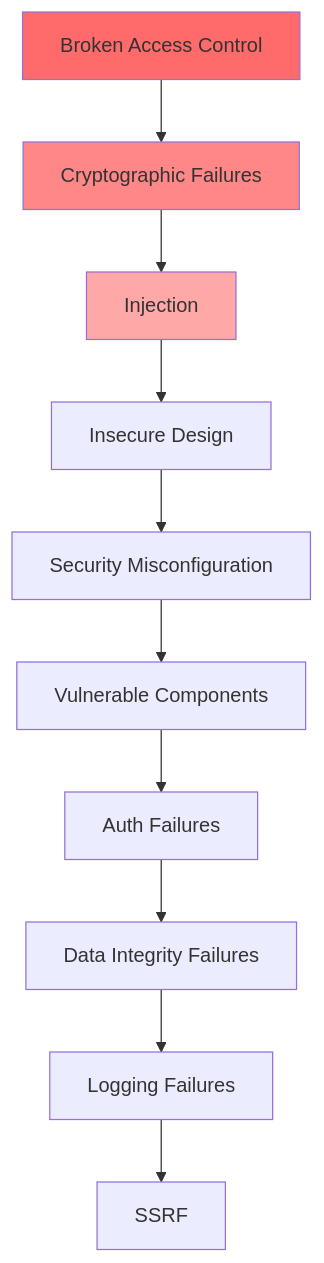
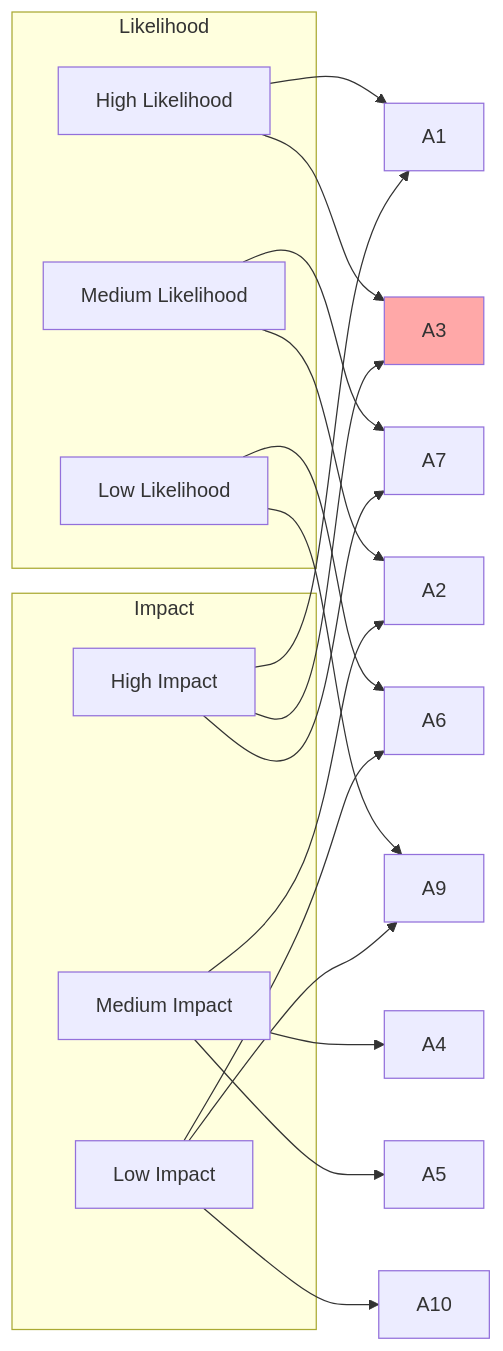
The fifth of 11 diagrams in Developer-Guides/SECURITY_BEST_PRACTICES_GUIDE.md (iouthnamain/tech-note), drawn with Mermaid before and after one commit. The commit also changed other lines of this file and 68 other files, not shown here.

````diff
--- a/Developer-Guides/SECURITY_BEST_PRACTICES_GUIDE.md
+++ b/Developer-Guides/SECURITY_BEST_PRACTICES_GUIDE.md
@@ -152,16 +295,32 @@
 ```mermaid
-graph TB
-    A1[Broken Access Control] --> A2[Cryptographic Failures]
-    A2 --> A3[Injection]
-    A3 --> A4[Insecure Design]
-    A4 --> A5[Security Misconfiguration]
-    A5 --> A6[Vulnerable Components]
-    A6 --> A7[Auth Failures]
-    A7 --> A8[Data Integrity Failures]
-    A8 --> A9[Logging Failures]
-    A9 --> A10[SSRF]
+graph LR
+    subgraph Impact[Impact]
+        HighImpact[High Impact]
+        MediumImpact[Medium Impact]
+        LowImpact[Low Impact]
+    end
     
-    style A1 fill:#ff6b6b
-    style A2 fill:#ff8787
+    subgraph Likelihood[Likelihood]
+        HighLikelihood[High Likelihood]
+        MediumLikelihood[Medium Likelihood]
+        LowLikelihood[Low Likelihood]
+    end
+    
+    HighImpact --> A1
+    HighImpact --> A3
+    HighImpact --> A7
+    MediumImpact --> A2
+    MediumImpact --> A4
+    MediumImpact --> A5
+    LowImpact --> A6
+    LowImpact --> A9
+    LowImpact --> A10
+    
+    HighLikelihood --> A1
+    HighLikelihood --> A3
+    MediumLikelihood --> A2
+    MediumLikelihood --> A7
+    LowLikelihood --> A6
+    LowLikelihood --> A9
     style A3 fill:#ffa8a8
 ```
````
